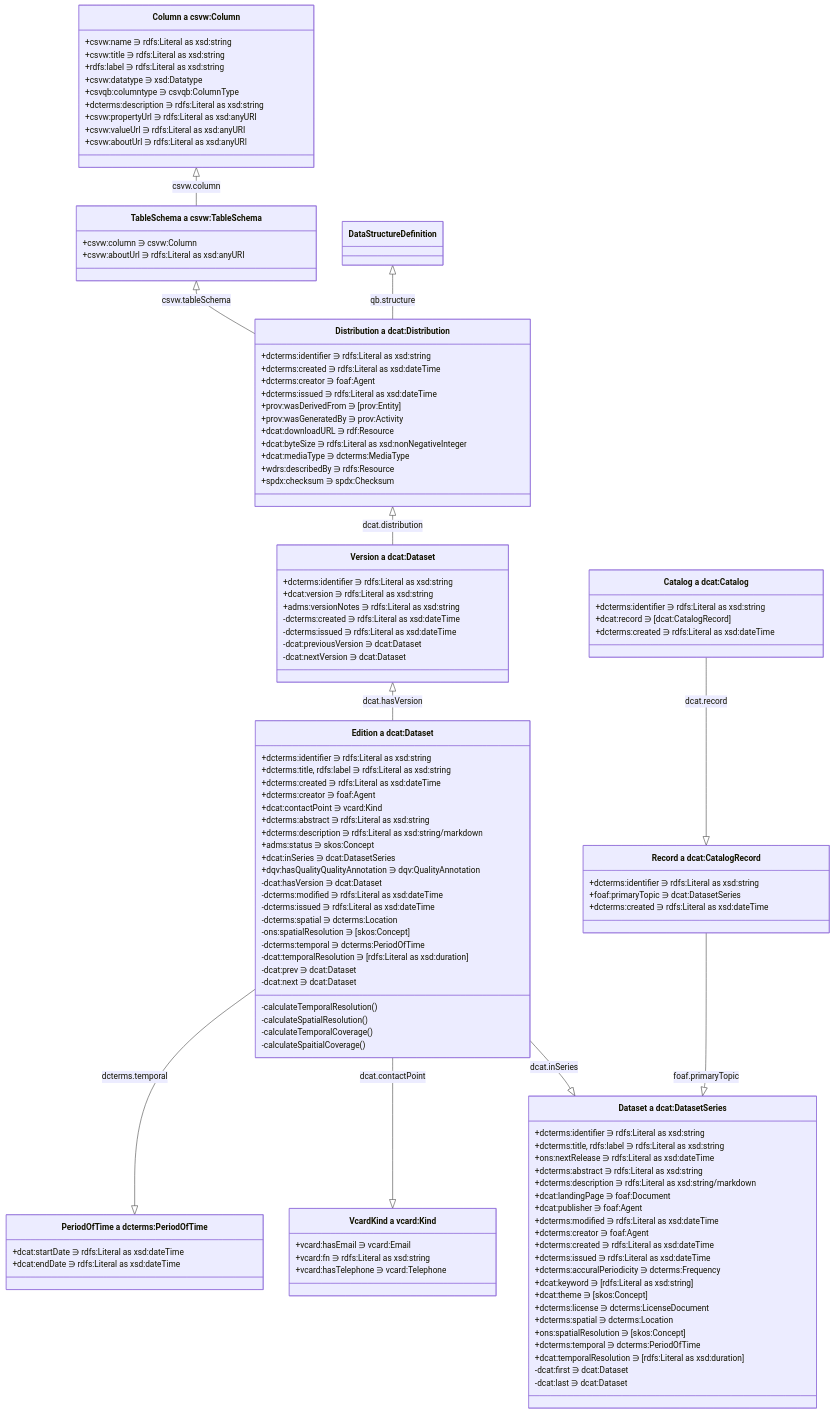
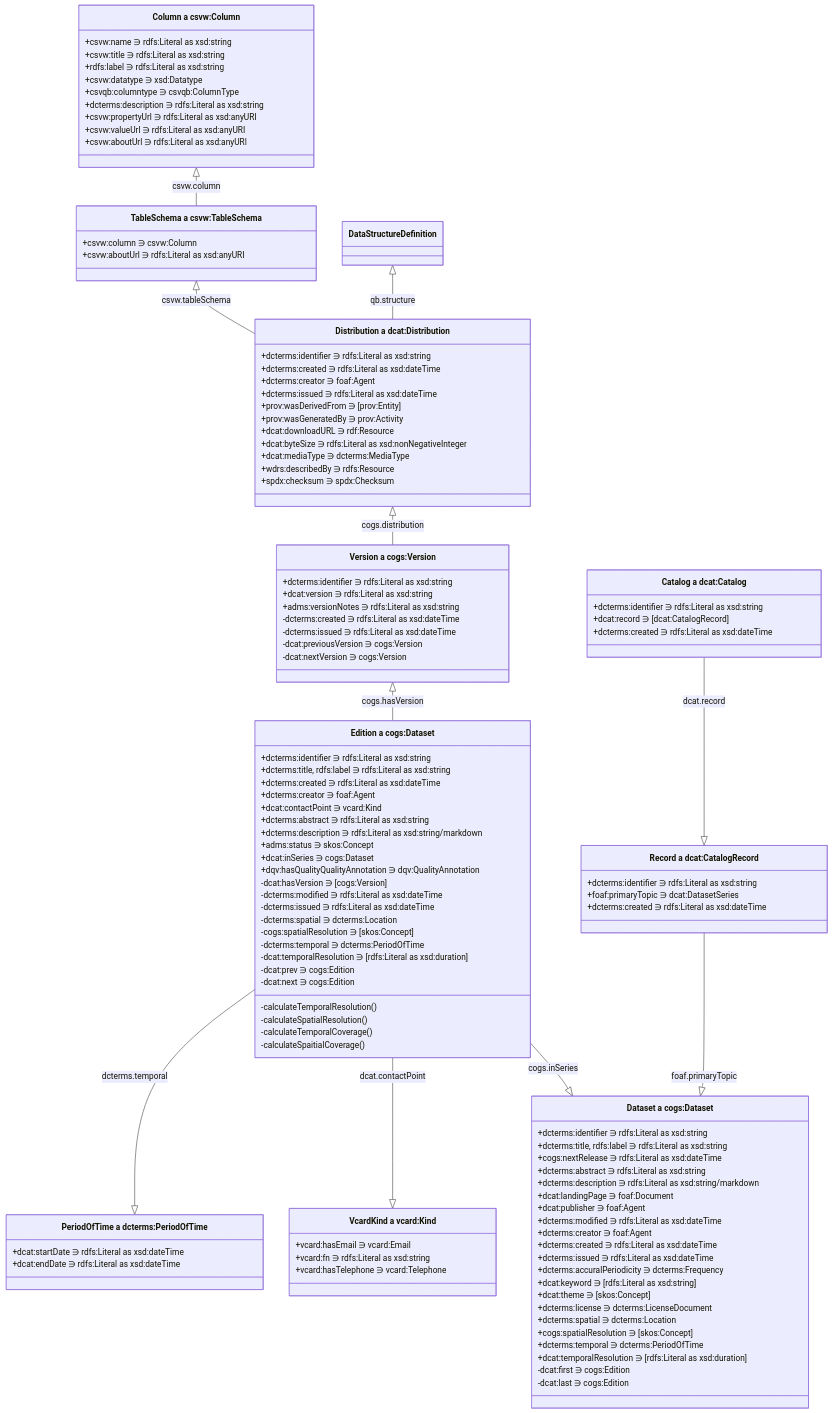
Before and after one commit to ONSdigital/application-profile: the diagram in worked-examples/json_ld_object_model.md, drawn with Mermaid. The commit also changed 11 other files, not shown here.

````diff
--- a/worked-examples/json_ld_object_model.md
+++ b/worked-examples/json_ld_object_model.md
@@ -3,9 +3,9 @@
 ```mermaid
 classDiagram
 
-    Distribution <|-- Version : dcat.distribution 
-    Version <|-- Edition : dcat.hasVersion
-    Edition --|> Dataset : dcat.inSeries 
+    Distribution <|-- Version : cogs.distribution 
+    Version <|-- Edition : cogs.hasVersion
+    Edition --|> Dataset : cogs.inSeries 
     CatalogRecord --|> Dataset : foaf.primaryTopic
     Catalog --|> CatalogRecord : dcat.record
     Edition --|> VcardKind : dcat.contactPoint
@@ -43,7 +43,7 @@
         +csvw:aboutUrl ∋ rdfs:Literal as xsd:anyURI
     }
 
-    class Edition["Edition a dcat:Dataset"] {
+    class Edition["Edition a cogs:Dataset"] {
         +dcterms:identifier ∋ rdfs:Literal as xsd:string
         +dcterms:title, rdfs:label ∋ rdfs:Literal as xsd:string
         +dcterms:created ∋ rdfs:Literal as xsd:dateTime
@@ -52,17 +52,17 @@
         +dcterms:abstract ∋ rdfs:Literal as xsd:string
         +dcterms:description ∋ rdfs:Literal as xsd:string/markdown
         +adms:status ∋ skos:Concept
-        +dcat:inSeries ∋ dcat:DatasetSeries
+        +dcat:inSeries ∋ cogs:Dataset
         +dqv:hasQualityQualityAnnotation ∋ dqv:QualityAnnotation
-        -dcat:hasVersion ∋ dcat:Dataset
+        -dcat:hasVersion ∋ [cogs:Version]
         -dcterms:modified ∋ rdfs:Literal as xsd:dateTime
         -dcterms:issued ∋ rdfs:Literal as xsd:dateTime
         -dcterms:spatial ∋ dcterms:Location
-        -ons:spatialResolution ∋ [skos:Concept]
+        -cogs:spatialResolution ∋ [skos:Concept]
         -dcterms:temporal ∋ dcterms:PeriodOfTime
         -dcat:temporalResolution ∋ [rdfs:Literal as xsd:duration]
-        -dcat:prev ∋ dcat:Dataset
-        -dcat:next ∋ dcat:Dataset
+        -dcat:prev ∋ cogs:Edition
+        -dcat:next ∋ cogs:Edition
         -calculateTemporalResolution()
         -calculateSpatialResolution()
         -calculateTemporalCoverage() 
@@ -94,20 +94,20 @@
         +spdx:checksum ∋ spdx:Checksum
     }
 
-    class Version["Version a dcat:Dataset"] {
+    class Version["Version a cogs:Version"] {
         +dcterms:identifier ∋ rdfs:Literal as xsd:string
         +dcat:version ∋ rdfs:Literal as xsd:string
         +adms:versionNotes ∋ rdfs:Literal as xsd:string
         -dcterms:created ∋ rdfs:Literal as xsd:dateTime
         -dcterms:issued ∋ rdfs:Literal as xsd:dateTime
-        -dcat:previousVersion ∋ dcat:Dataset
-        -dcat:nextVersion ∋ dcat:Dataset
+        -dcat:previousVersion ∋ cogs:Version
+        -dcat:nextVersion ∋ cogs:Version
     }
 
-    class Dataset["Dataset a dcat:DatasetSeries"] {
+    class Dataset["Dataset a cogs:Dataset"] {
         +dcterms:identifier ∋ rdfs:Literal as xsd:string
         +dcterms:title, rdfs:label ∋ rdfs:Literal as xsd:string
-        +ons:nextRelease ∋ rdfs:Literal as xsd:dateTime
+        +cogs:nextRelease ∋ rdfs:Literal as xsd:dateTime
         +dcterms:abstract ∋ rdfs:Literal as xsd:string
         +dcterms:description ∋ rdfs:Literal as xsd:string/markdown
         +dcat:landingPage ∋ foaf:Document
@@ -121,11 +121,11 @@
         +dcat:theme ∋ [skos:Concept]
         +dcterms:license ∋ dcterms:LicenseDocument
         +dcterms:spatial ∋ dcterms:Location
-        +ons:spatialResolution ∋ [skos:Concept]
+        +cogs:spatialResolution ∋ [skos:Concept]
         +dcterms:temporal ∋ dcterms:PeriodOfTime
         +dcat:temporalResolution ∋ [rdfs:Literal as xsd:duration]
-        -dcat:first ∋ dcat:Dataset
-        -dcat:last ∋ dcat:Dataset
+        -dcat:first ∋ cogs:Edition
+        -dcat:last ∋ cogs:Edition
     }
 
 ```
````
